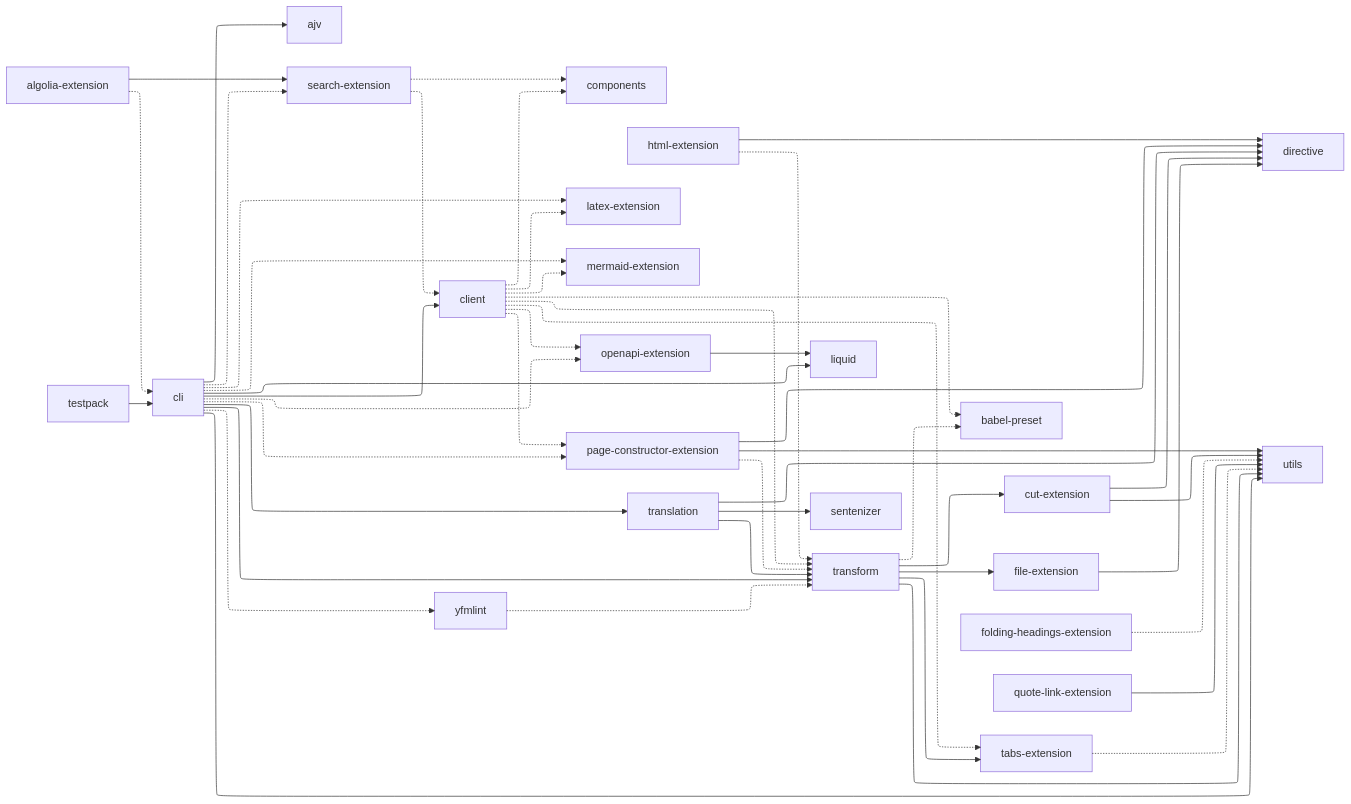
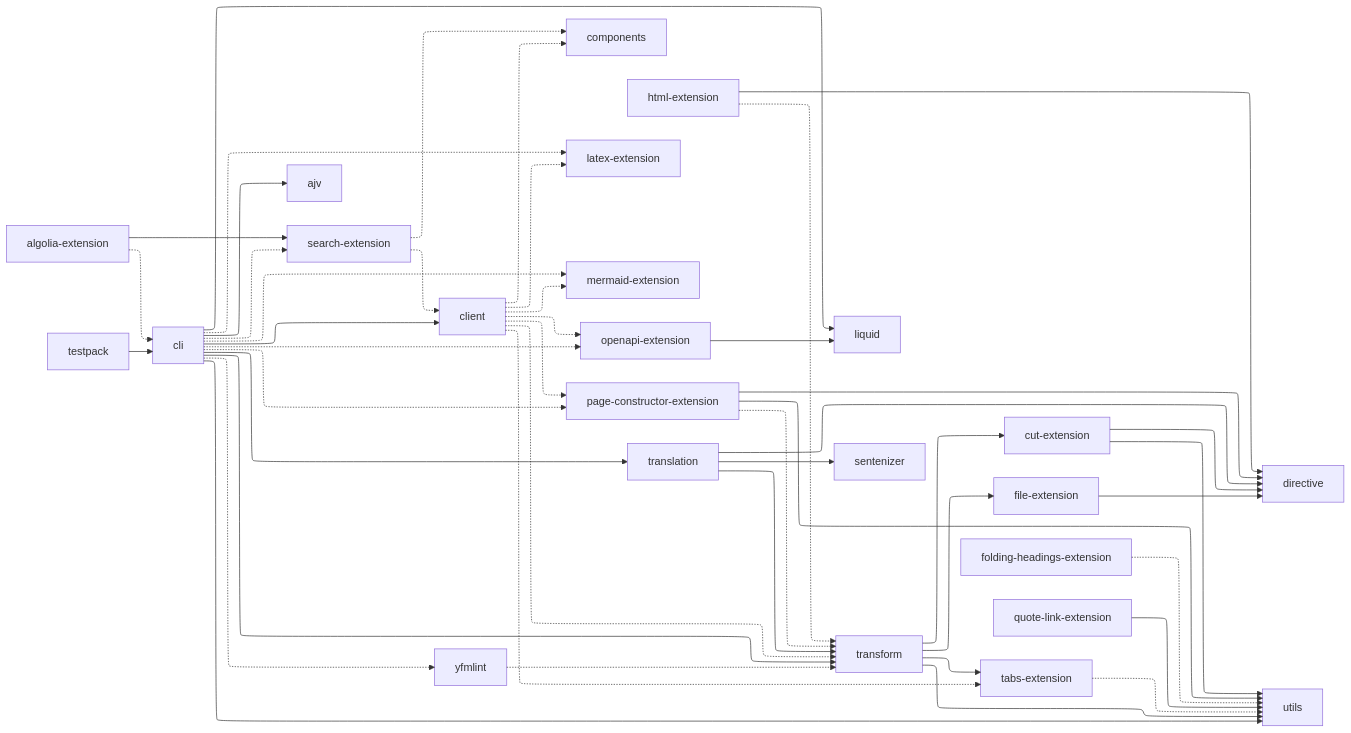
One commit to diplodoc-platform/diplodoc changed the diagram in PULSE.md. Above: the diagram before and after it, drawn with Mermaid. The commit also changed other lines of this file and 7 other files, not shown here.

Commit message:
chore: migrate tsconfig to @diplodoc/infra and remove @diplodoc/babel

```diff
--- a/PULSE.md
+++ b/PULSE.md
@@ -80,7 +79,6 @@
 flowchart LR
   ajv["ajv"]
   algolia-extension["algolia-extension"]
-  babel-preset["babel-preset"]
   cli["cli"]
   client["client"]
   components["components"]
@@ -114,7 +112,6 @@
   algolia-extension -.-> cli
   algolia-extension --> search-extension
   openapi-extension --> liquid
-  transform -.-> babel-preset
   transform --> cut-extension
   transform --> file-extension
   transform --> tabs-extension
@@ -122,7 +119,6 @@
   search-extension -.-> client
   search-extension -.-> components
   yfmlint -.-> transform
-  client -.-> babel-preset
   client -.-> components
   client -.-> latex-extension
   client -.-> mermaid-extension
@@ -151,7 +147,6 @@
   cli --> utils
   click ajv href "https://github.com/diplodoc-platform/ajv"
   click algolia-extension href "https://github.com/diplodoc-platform/algolia-extension"
-  click babel-preset href "https://github.com/diplodoc-platform/babel-preset"
   click cli href "https://github.com/diplodoc-platform/cli"
   click client href "https://github.com/diplodoc-platform/client"
   click components href "https://github.com/diplodoc-platform/components"
```
